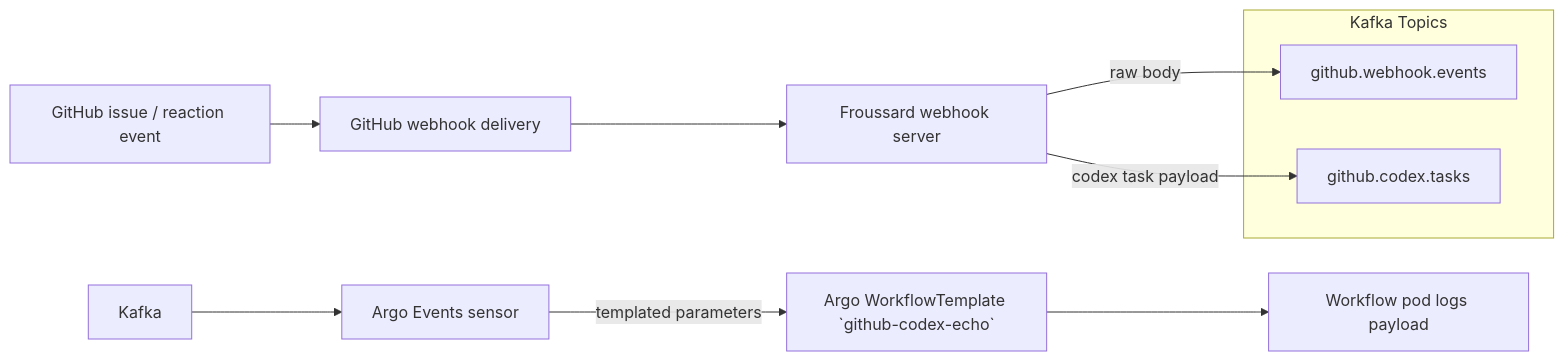
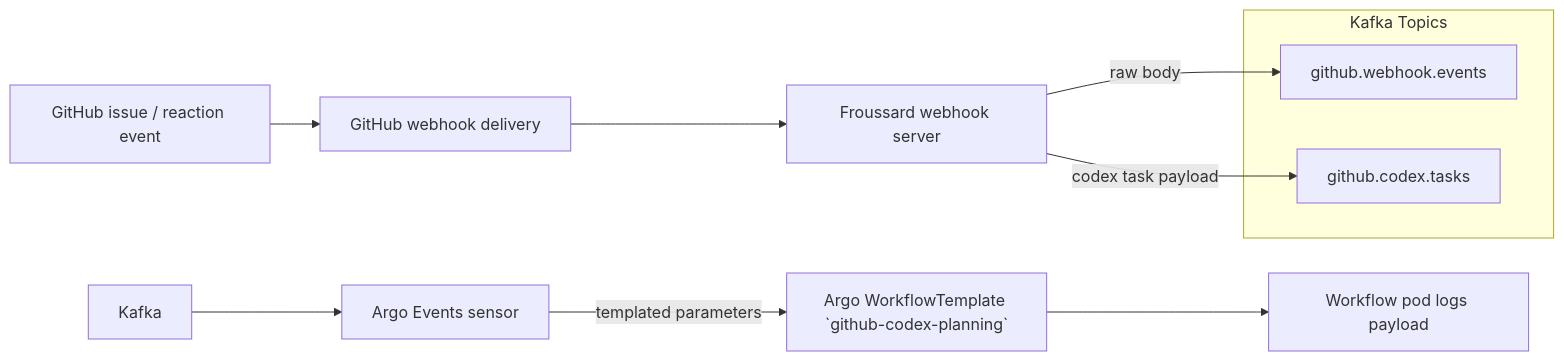
Before and after one commit to gregkonush/lab: the diagram in apps/froussard/README.md, drawn with Mermaid. The commit also changed other lines of this file and 14 other files, not shown here.

Commit message:
feat: add codex implementation workflow

````diff
--- a/apps/froussard/README.md
+++ b/apps/froussard/README.md
@@ -9,14 +9,14 @@
 ```mermaid
 flowchart LR
   Issue[GitHub issue / reaction event] --> Webhook[GitHub webhook delivery]
   Webhook --> Froussard[Froussard webhook server]
   subgraph Kafka Topics
     K1[github.webhook.events]
     K2[github.codex.tasks]
   end
   Froussard -->|raw body| K1
   Froussard -->|codex task payload| K2
   Kafka --> Sensor[Argo Events sensor]
-  Sensor -->|templated parameters| Workflow[Argo WorkflowTemplate `github-codex-echo`]
+  Sensor -->|templated parameters| Workflow[Argo WorkflowTemplate `github-codex-planning`]
   Workflow --> Pod[Workflow pod logs payload]
 ```
````
